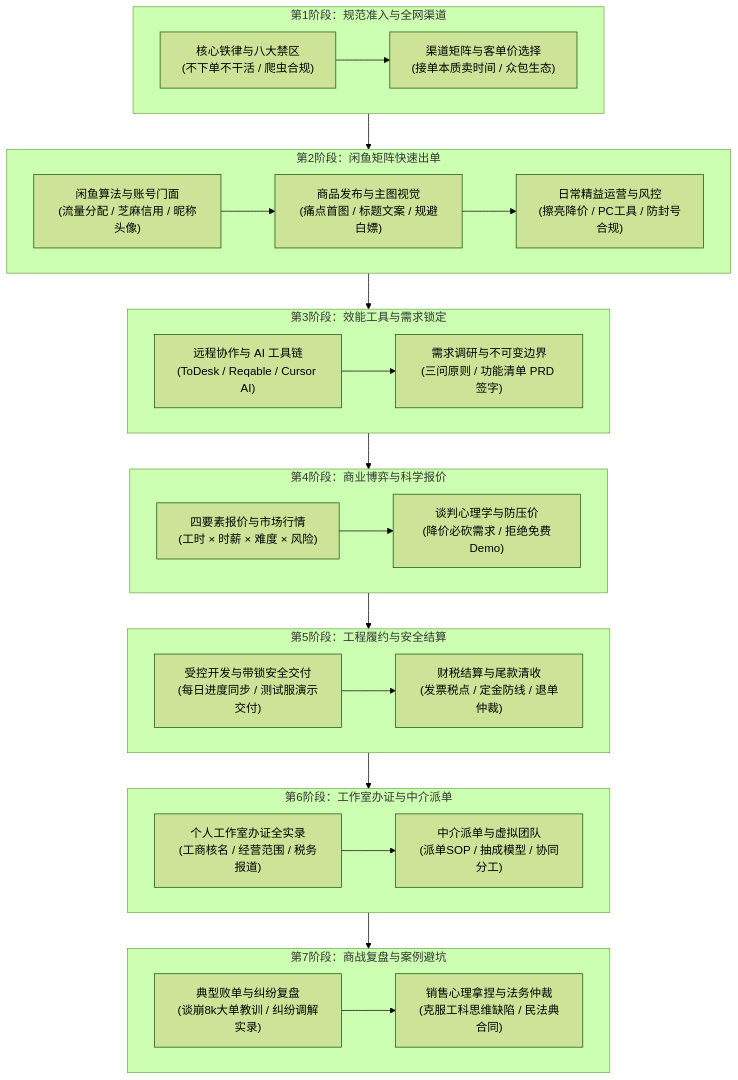
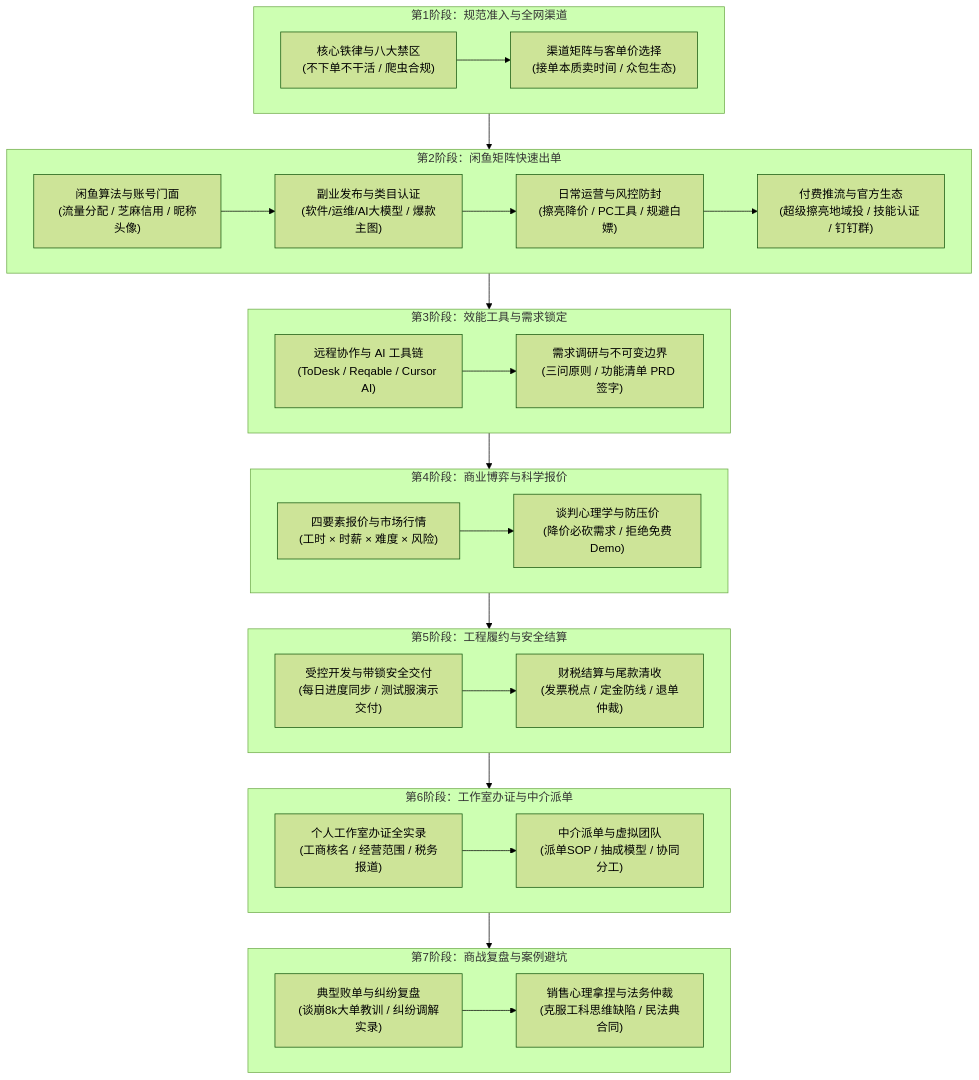
One commit to ponyletter/py310sphinx_knowledge changed the diagram in docs/source/courses/freelance_orders_guide/index.md. Above: the diagram before and after it, drawn with Mermaid (forest theme). The commit also changed other lines of this file and 3 other files, not shown here.

````diff
--- a/docs/source/courses/freelance_orders_guide/index.md
+++ b/docs/source/courses/freelance_orders_guide/index.md
@@ -13,33 +13,34 @@
 ```{mermaid}
 flowchart TD
     subgraph Stage1["第1阶段：规范准入与全网渠道"]
         S1A["核心铁律与八大禁区<br/>(不下单不干活 / 爬虫合规)"] --> S1B["渠道矩阵与客单价选择<br/>(接单本质卖时间 / 众包生态)"]
     end
 
     subgraph Stage2["第2阶段：闲鱼矩阵快速出单"]
-        S2A["闲鱼算法与账号门面<br/>(流量分配 / 芝麻信用 / 昵称头像)"] --> S2B["商品发布与主图视觉<br/>(痛点首图 / 标题文案 / 规避白嫖)"]
-        S2B --> S2C["日常精益运营与风控<br/>(擦亮降价 / PC工具 / 防封号合规)"]
+        S2A["闲鱼算法与账号门面<br/>(流量分配 / 芝麻信用 / 昵称头像)"] --> S2B["副业发布与类目认证<br/>(软件/运维/AI大模型 / 爆款主图)"]
+        S2B --> S2C["日常运营与风控防封<br/>(擦亮降价 / PC工具 / 规避白嫖)"]
+        S2C --> S2D["付费推流与官方生态<br/>(超级擦亮地域投 / 技能认证 / 钉钉群)"]
     end
 
     subgraph Stage3["第3阶段：效能工具与需求锁定"]
         S3A["远程协作与 AI 工具链<br/>(ToDesk / Reqable / Cursor AI)"] --> S3B["需求调研与不可变边界<br/>(三问原则 / 功能清单 PRD 签字)"]
     end
 
     subgraph Stage4["第4阶段：商业博弈与科学报价"]
         S4A["四要素报价与市场行情<br/>(工时 × 时薪 × 难度 × 风险)"] --> S4B["谈判心理学与防压价<br/>(降价必砍需求 / 拒绝免费Demo)"]
     end
 
     subgraph Stage5["第5阶段：工程履约与安全结算"]
         S5A["受控开发与带锁安全交付<br/>(每日进度同步 / 测试服演示交付)"] --> S5B["财税结算与尾款清收<br/>(发票税点 / 定金防线 / 退单仲裁)"]
     end
 
     subgraph Stage6["第6阶段：工作室办证与中介派单"]
         S6A["个人工作室办证全实录<br/>(工商核名 / 经营范围 / 税务报道)"] --> S6B["中介派单与虚拟团队<br/>(派单SOP / 抽成模型 / 协同分工)"]
     end
 
     subgraph Stage7["第7阶段：商战复盘与案例避坑"]
         S7A["典型败单与纠纷复盘<br/>(谈崩8k大单教训 / 纠纷调解实录)"] --> S7B["销售心理拿捏与法务仲裁<br/>(克服工科思维缺陷 / 民法典合同)"]
     end
 
     Stage1 --> Stage2 --> Stage3 --> Stage4 --> Stage5 --> Stage6 --> Stage7
 ```
````
